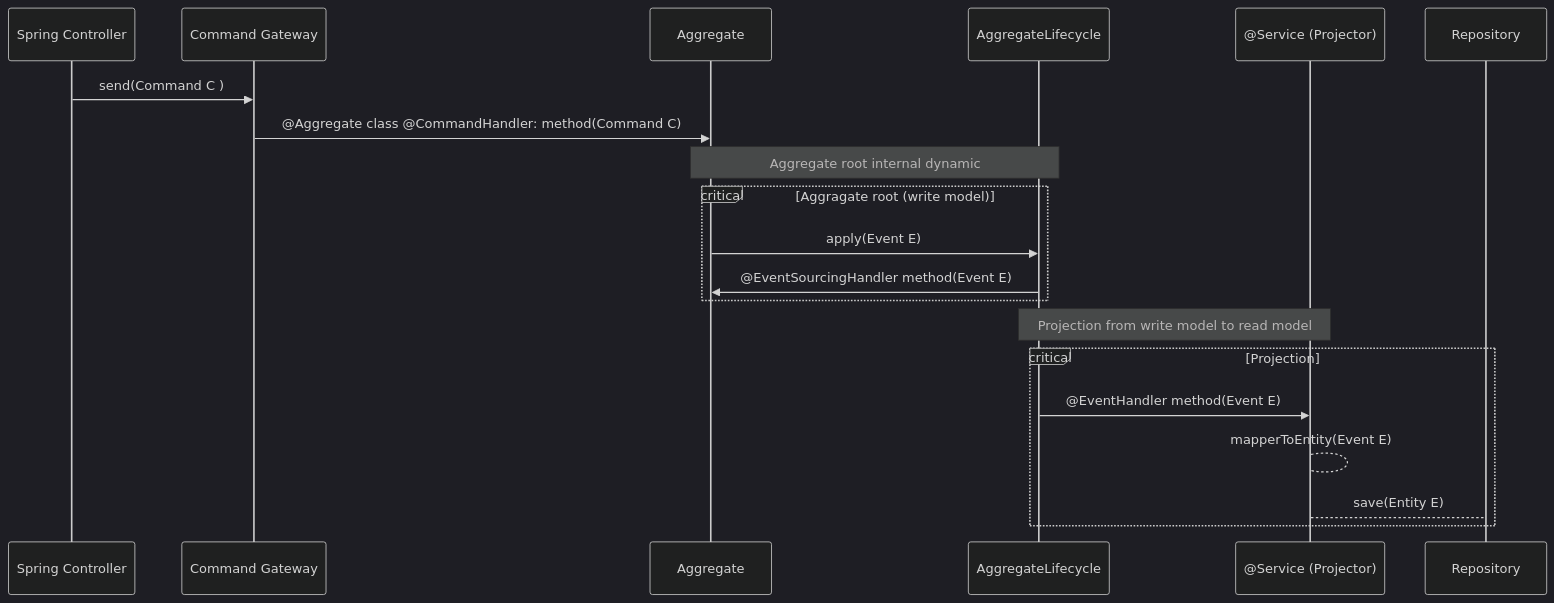
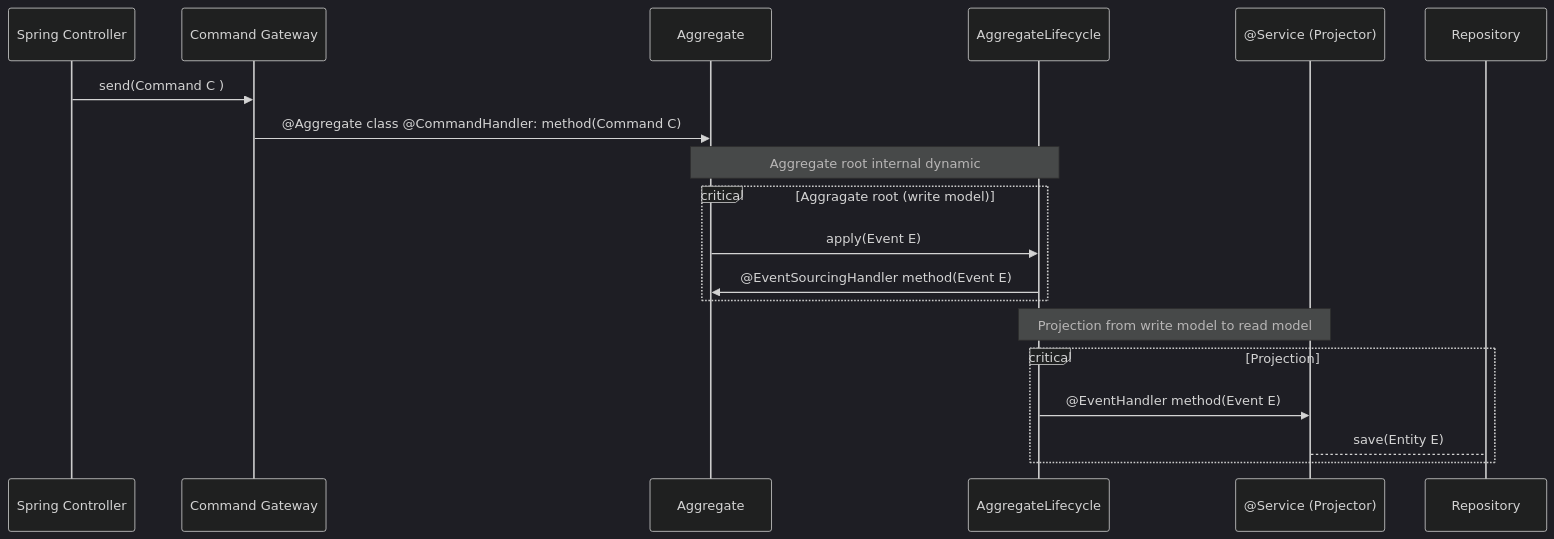
The first of 2 diagrams in 1_basic/README.md (rodrigo-mendes/axon_framework), drawn with Mermaid (dark theme) before and after one commit. The commit also changed other lines of this file and 6 other files, not shown here.

````diff
--- a/1_basic/README.md
+++ b/1_basic/README.md
@@ -56,16 +37,15 @@
 ```mermaid
 sequenceDiagram
     Spring Controller->>Command Gateway: send(Command C )
     Command Gateway->> Aggregate: @Aggregate class @CommandHandler: method(Command C)
     Note over Aggregate, AggregateLifecycle: Aggregate root internal dynamic
     critical Aggragate root (write model)
         Aggregate ->> AggregateLifecycle: apply(Event E)
         AggregateLifecycle ->> Aggregate: @EventSourcingHandler method(Event E)
     end
     Note over AggregateLifecycle, @Service (Projector): Projection from write model to read model
     critical Projection
      AggregateLifecycle  ->> @Service (Projector): @EventHandler method(Event E)
-     @Service (Projector) --> @Service (Projector): mapperToEntity(Event E)
      @Service (Projector) --> Repository: save(Entity E)
     end
 ```
````
